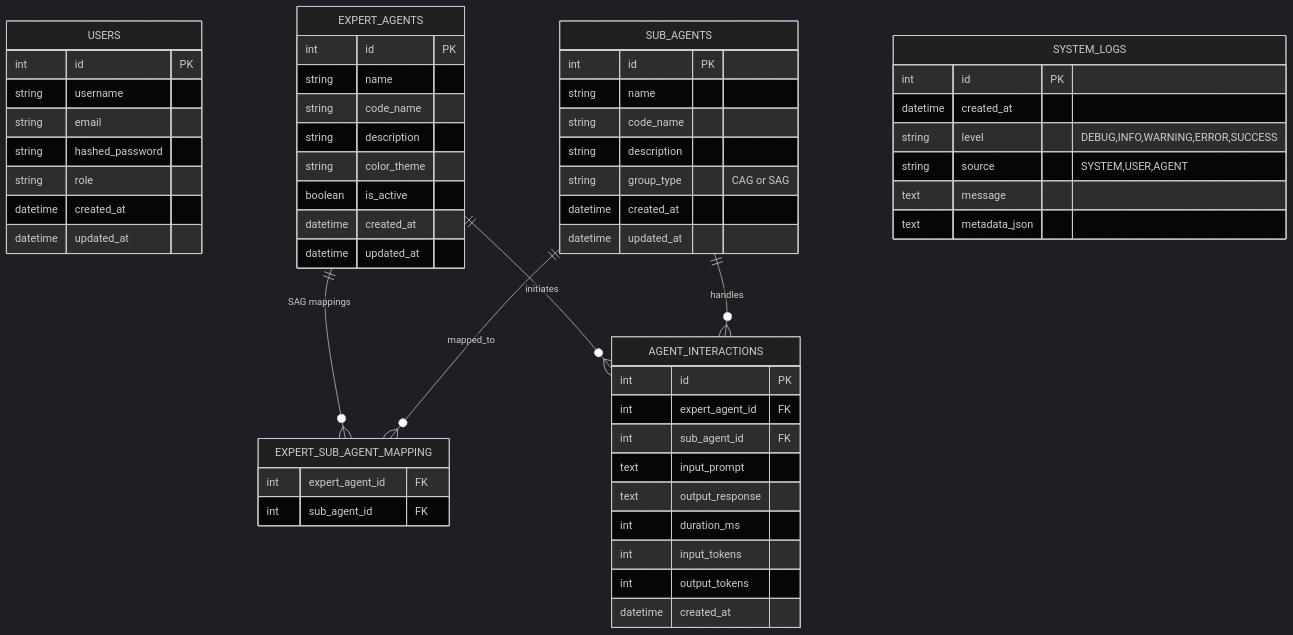
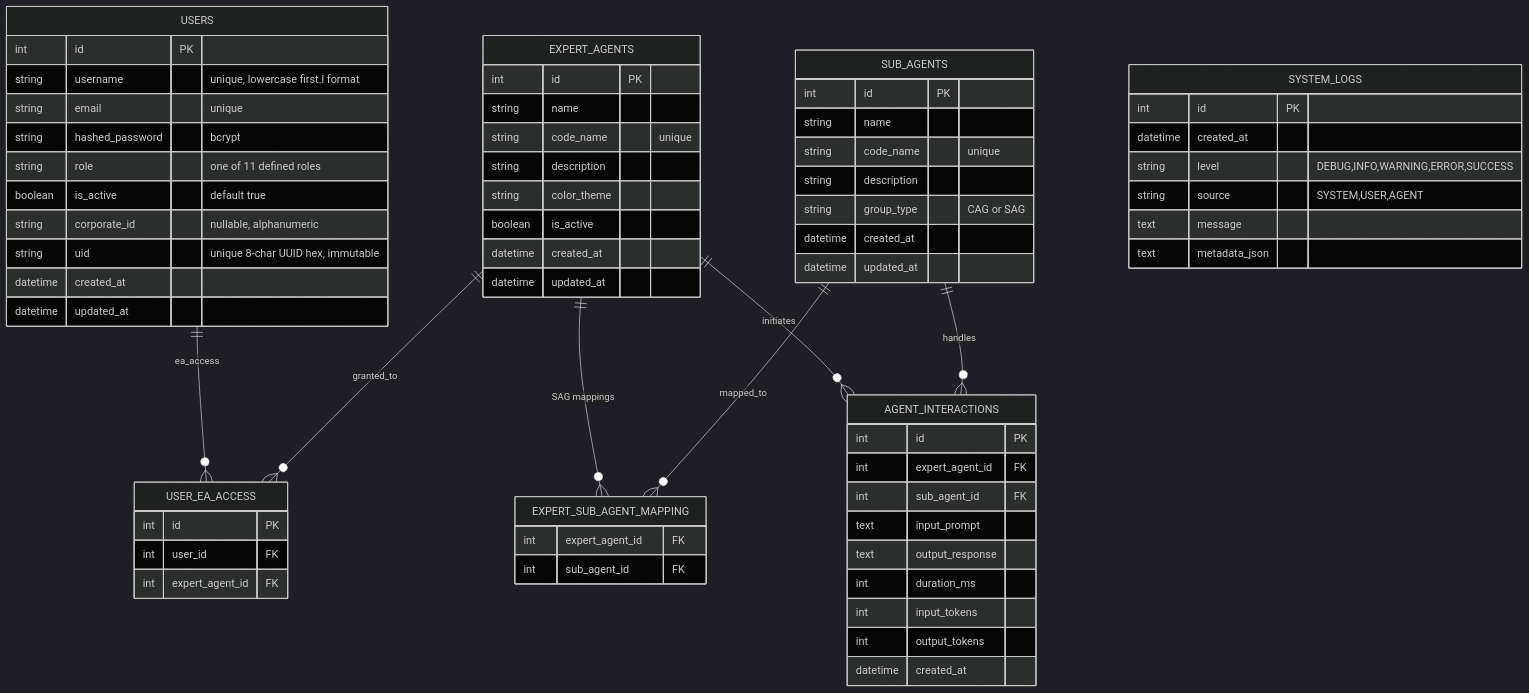
Before and after one commit to sanjivscenterxdags/UI_AppsFrame: the second of 2 diagrams in SPEC.md, drawn with Mermaid (dark theme). The commit also changed other lines of this file and 2 other files, not shown here.

````diff
--- a/SPEC.md
+++ b/SPEC.md
@@ -127,59 +131,69 @@
 ```mermaid
 erDiagram
     USERS {
         int id PK
-        string username
-        string email
-        string hashed_password
-        string role
+        string username "unique, lowercase first.l format"
+        string email "unique"
+        string hashed_password "bcrypt"
+        string role "one of 11 defined roles"
+        boolean is_active "default true"
+        string corporate_id "nullable, alphanumeric"
+        string uid "unique 8-char UUID hex, immutable"
         datetime created_at
         datetime updated_at
+    }
+    USER_EA_ACCESS {
+        int id PK
+        int user_id FK
+        int expert_agent_id FK
     }
     EXPERT_AGENTS {
         int id PK
         string name
-        string code_name
+        string code_name "unique"
         string description
         string color_theme
         boolean is_active
         datetime created_at
         datetime updated_at
     }
     SUB_AGENTS {
         int id PK
         string name
-        string code_name
+        string code_name "unique"
         string description
         string group_type "CAG or SAG"
         datetime created_at
         datetime updated_at
     }
     EXPERT_SUB_AGENT_MAPPING {
         int expert_agent_id FK
         int sub_agent_id FK
     }
     AGENT_INTERACTIONS {
         int id PK
         int expert_agent_id FK
         int sub_agent_id FK
         text input_prompt
         text output_response
         int duration_ms
         int input_tokens
         int output_tokens
         datetime created_at
     }
     SYSTEM_LOGS {
         int id PK
         datetime created_at
         string level "DEBUG,INFO,WARNING,ERROR,SUCCESS"
         string source "SYSTEM,USER,AGENT"
         text message
         text metadata_json
     }
 
+    USERS ||--o{ USER_EA_ACCESS : "ea_access"
+    EXPERT_AGENTS ||--o{ USER_EA_ACCESS : "granted_to"
     EXPERT_AGENTS ||--o{ EXPERT_SUB_AGENT_MAPPING : "SAG mappings"
     SUB_AGENTS ||--o{ EXPERT_SUB_AGENT_MAPPING : "mapped_to"
     EXPERT_AGENTS ||--o{ AGENT_INTERACTIONS : "initiates"
     SUB_AGENTS ||--o{ AGENT_INTERACTIONS : "handles"
 ```
````
